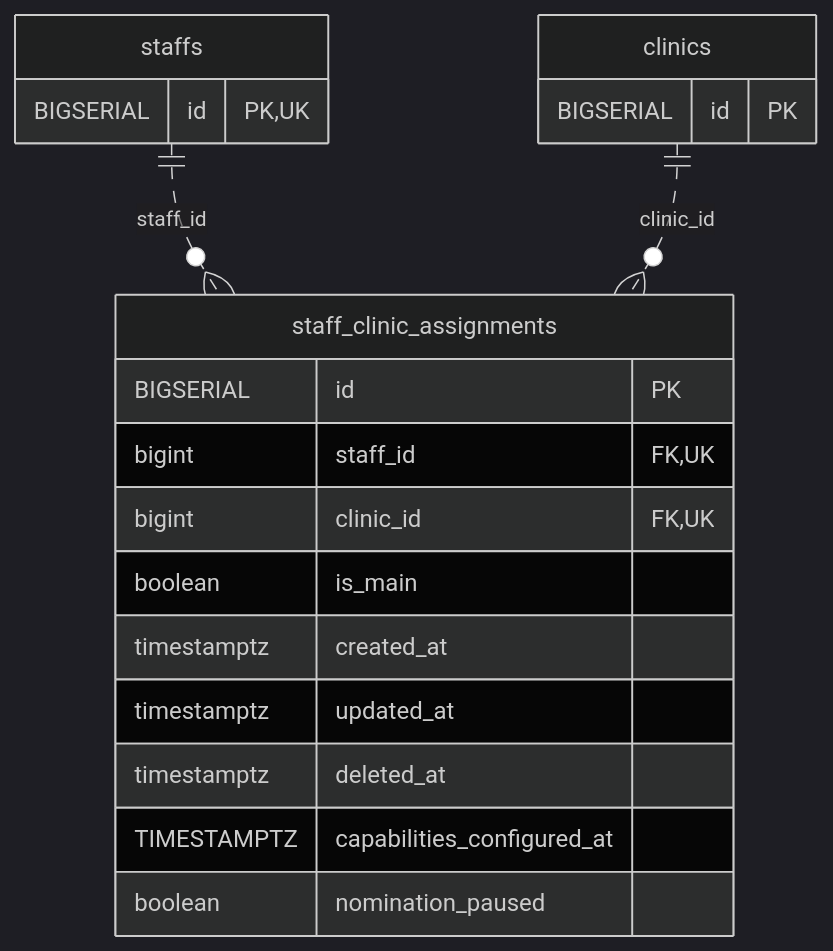
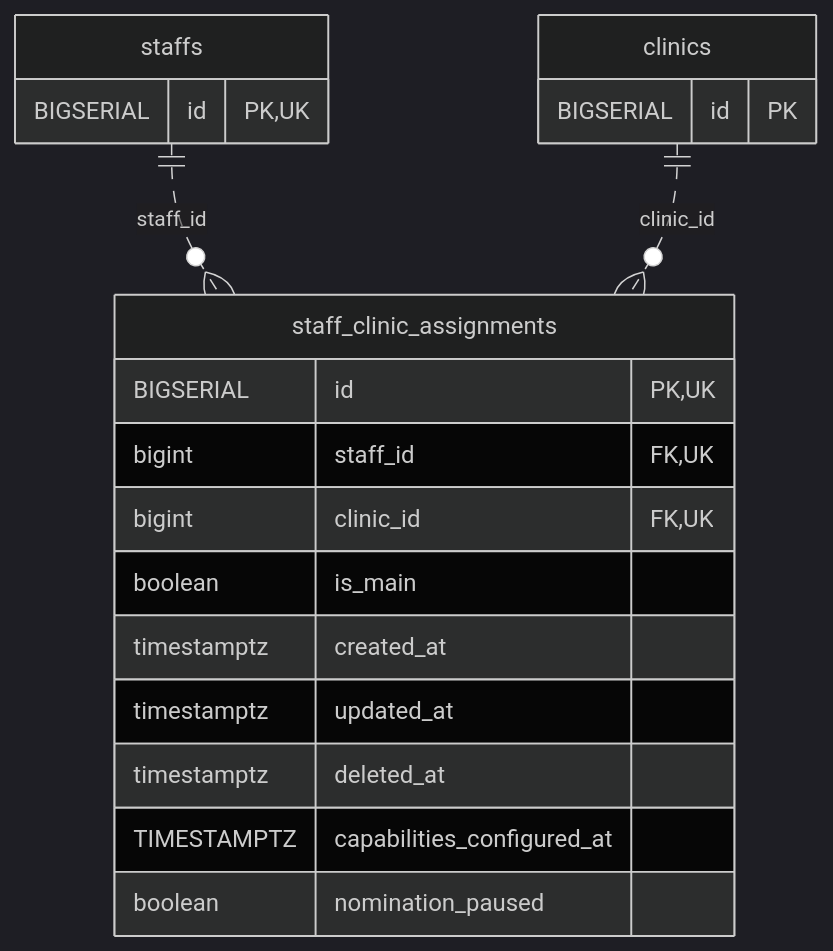
One commit to MinoruSoga/AnimalEkarte changed the diagram in docs/architecture/erd-detail/staff_clinic_assignments.md. Above: the diagram before and after it, drawn with Mermaid (dark theme). The commit also changed other lines of this file and 4 other files, not shown here.

Commit message:
docs(erd): EMR-446・EMR-466 010 統合後の詳細ERDと manifest を再生成

````diff
--- a/docs/architecture/erd-detail/staff_clinic_assignments.md
+++ b/docs/architecture/erd-detail/staff_clinic_assignments.md
@@ -32,22 +32,22 @@
 ```mermaid
 erDiagram
     staff_clinic_assignments {
-        BIGSERIAL id PK
+        BIGSERIAL id PK,UK
         bigint staff_id FK,UK
         bigint clinic_id FK,UK
         boolean is_main
         timestamptz created_at
         timestamptz updated_at
         timestamptz deleted_at
         TIMESTAMPTZ capabilities_configured_at
         boolean nomination_paused
     }
     clinics {
         BIGSERIAL id PK
     }
     staffs {
         BIGSERIAL id PK,UK
     }
     staffs ||..o{ staff_clinic_assignments : "staff_id"
     clinics ||..o{ staff_clinic_assignments : "clinic_id"
 ```
````
